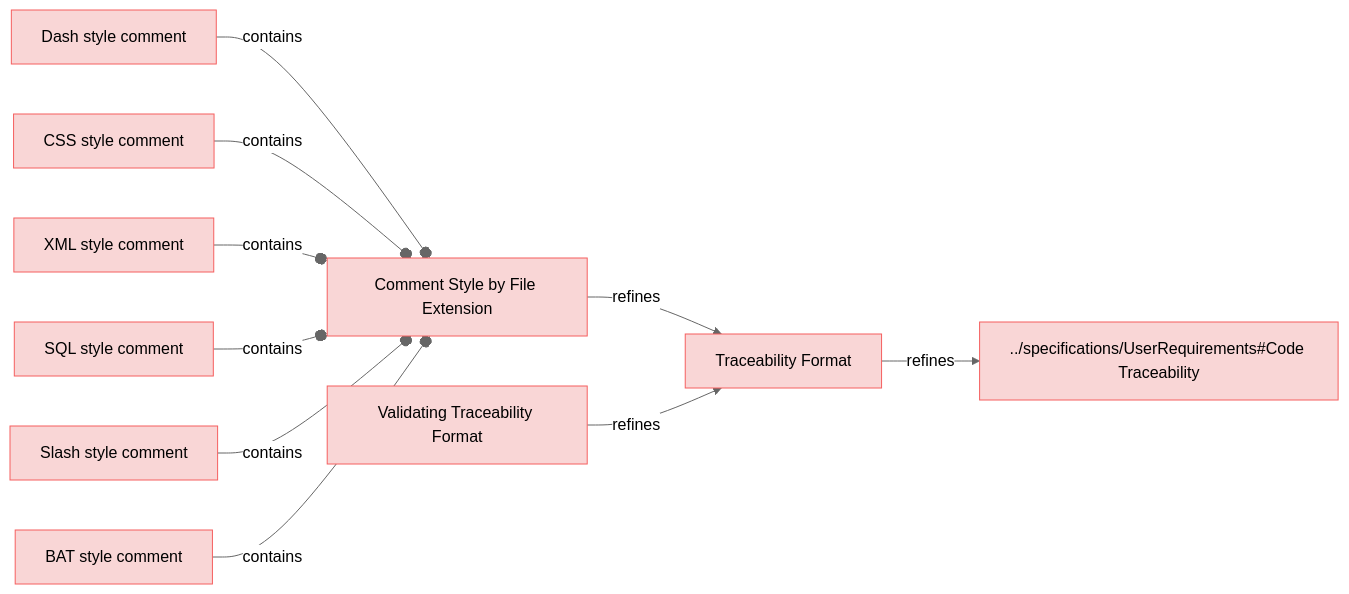
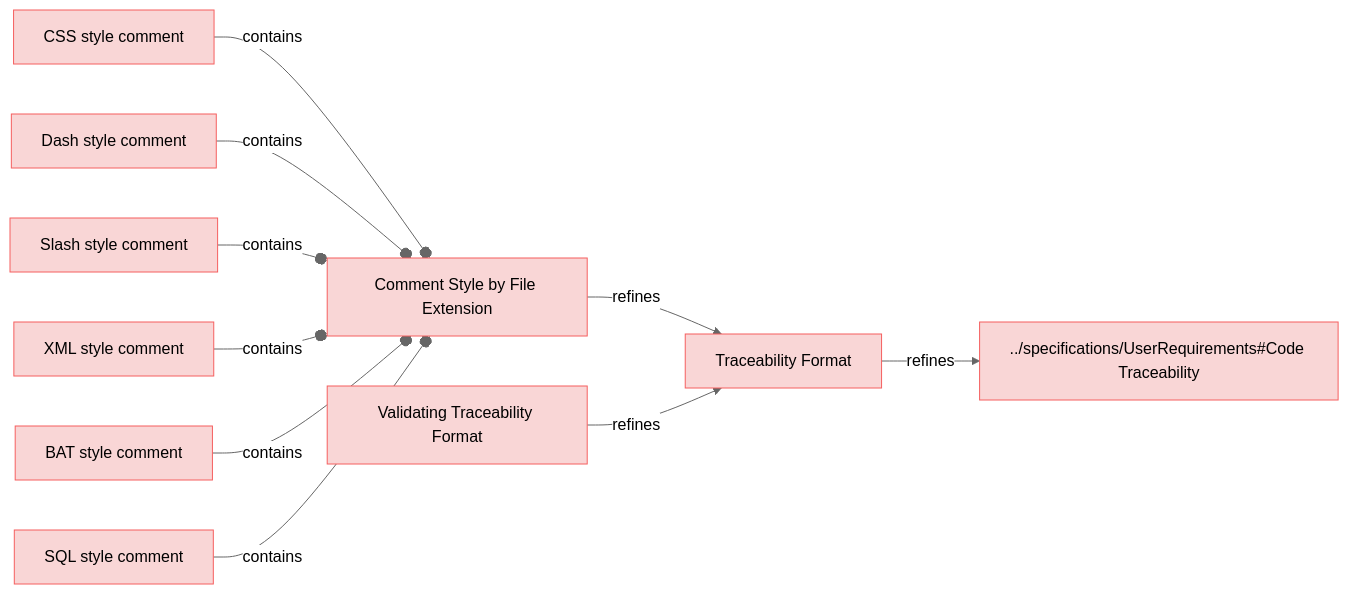
Before and after one commit to reqvire-org/reqvire: the diagram in specifications/CodeTraecabilityRequirements.md, drawn with Mermaid (neutral theme). The commit also changed 17 other files, not shown here.

First line of the commit message:
Enhance diagram links with stable git repository URLs

````diff
--- a/specifications/CodeTraecabilityRequirements.md
+++ b/specifications/CodeTraecabilityRequirements.md
@@ -4,48 +4,48 @@
 ```mermaid
 graph LR;
   %% Graph styling
   classDef requirement fill:#f9d6d6,stroke:#f55f5f,stroke-width:1px;
   classDef verification fill:#d6f9d6,stroke:#5fd75f,stroke-width:1px;
   classDef externalLink fill:#d0e0ff,stroke:#3080ff,stroke-width:1px;
   classDef default fill:#f5f5f5,stroke:#333333,stroke-width:1px;
 
-  594ced3b454de491["Dash style comment"];
-  click 594ced3b454de491 "CodeTraecabilityRequirements.md#dash-style-comment";
-  class 594ced3b454de491 requirement;
+  65c6dfea7db1c92f["CSS style comment"];
+  click 65c6dfea7db1c92f "https://github.com/ilijaljubicic/ReqFlow/blob/a94231473c9a4a56fe21608ebd13787e0cc3f2dc/specifications/CodeTraecabilityRequirements.md#css-style-comment";
+  class 65c6dfea7db1c92f requirement;
   441d1cdce06ad3a2["Comment Style by File Extension"];
   class 441d1cdce06ad3a2 requirement;
-  click 441d1cdce06ad3a2 "CodeTraecabilityRequirements.md#comment-style-by-file-extension";
+  click 441d1cdce06ad3a2 "https://github.com/ilijaljubicic/ReqFlow/blob/a94231473c9a4a56fe21608ebd13787e0cc3f2dc/specifications/CodeTraecabilityRequirements.md#comment-style-by-file-extension";
+  65c6dfea7db1c92f --o|contains| 441d1cdce06ad3a2;
+  594ced3b454de491["Dash style comment"];
+  click 594ced3b454de491 "https://github.com/ilijaljubicic/ReqFlow/blob/a94231473c9a4a56fe21608ebd13787e0cc3f2dc/specifications/CodeTraecabilityRequirements.md#dash-style-comment";
+  class 594ced3b454de491 requirement;
   594ced3b454de491 --o|contains| 441d1cdce06ad3a2;
+  642b1b8120da29c6["Slash style comment"];
+  click 642b1b8120da29c6 "https://github.com/ilijaljubicic/ReqFlow/blob/a94231473c9a4a56fe21608ebd13787e0cc3f2dc/specifications/CodeTraecabilityRequirements.md#slash-style-comment";
+  class 642b1b8120da29c6 requirement;
+  642b1b8120da29c6 --o|contains| 441d1cdce06ad3a2;
+  d443939ad4f72d1a["XML style comment"];
+  click d443939ad4f72d1a "https://github.com/ilijaljubicic/ReqFlow/blob/a94231473c9a4a56fe21608ebd13787e0cc3f2dc/specifications/CodeTraecabilityRequirements.md#xml-style-comment";
+  class d443939ad4f72d1a requirement;
+  d443939ad4f72d1a --o|contains| 441d1cdce06ad3a2;
+  79d357d6f00a0427["BAT style comment"];
+  click 79d357d6f00a0427 "https://github.com/ilijaljubicic/ReqFlow/blob/a94231473c9a4a56fe21608ebd13787e0cc3f2dc/specifications/CodeTraecabilityRequirements.md#bat-style-comment";
+  class 79d357d6f00a0427 requirement;
+  79d357d6f00a0427 --o|contains| 441d1cdce06ad3a2;
   7b316e0013b74149["Traceability Format"];
   class 7b316e0013b74149 requirement;
-  click 7b316e0013b74149 "CodeTraecabilityRequirements.md#traceability-format";
+  click 7b316e0013b74149 "https://github.com/ilijaljubicic/ReqFlow/blob/a94231473c9a4a56fe21608ebd13787e0cc3f2dc/specifications/CodeTraecabilityRequirements.md#traceability-format";
   441d1cdce06ad3a2 -->|refines| 7b316e0013b74149;
-  65c6dfea7db1c92f["CSS style comment"];
-  click 65c6dfea7db1c92f "CodeTraecabilityRequirements.md#css-style-comment";
-  class 65c6dfea7db1c92f requirement;
-  65c6dfea7db1c92f --o|contains| 441d1cdce06ad3a2;
+  388e93e521a38370["Validating Traceability Format"];
+  click 388e93e521a38370 "https://github.com/ilijaljubicic/ReqFlow/blob/a94231473c9a4a56fe21608ebd13787e0cc3f2dc/specifications/CodeTraecabilityRequirements.md#validating-traceability-format";
+  class 388e93e521a38370 requirement;
+  388e93e521a38370 -->|refines| 7b316e0013b74149;
+  f8509ca65ccd9ff8["SQL style comment"];
+  click f8509ca65ccd9ff8 "https://github.com/ilijaljubicic/ReqFlow/blob/a94231473c9a4a56fe21608ebd13787e0cc3f2dc/specifications/CodeTraecabilityRequirements.md#sql-style-comment";
+  class f8509ca65ccd9ff8 requirement;
+  f8509ca65ccd9ff8 --o|contains| 441d1cdce06ad3a2;
   1fc4e44d5fd988a6["../specifications/UserRequirements#Code Traceability"];
   class 1fc4e44d5fd988a6 requirement;
-  click 1fc4e44d5fd988a6 "UserRequirements.md#code-traceability";
+  click 1fc4e44d5fd988a6 "https://github.com/ilijaljubicic/ReqFlow/blob/a94231473c9a4a56fe21608ebd13787e0cc3f2dc/specifications/UserRequirements.md#code-traceability";
   7b316e0013b74149 -->|refines| 1fc4e44d5fd988a6;
-  d443939ad4f72d1a["XML style comment"];
-  click d443939ad4f72d1a "CodeTraecabilityRequirements.md#xml-style-comment";
-  class d443939ad4f72d1a requirement;
-  d443939ad4f72d1a --o|contains| 441d1cdce06ad3a2;
-  f8509ca65ccd9ff8["SQL style comment"];
-  click f8509ca65ccd9ff8 "CodeTraecabilityRequirements.md#sql-style-comment";
-  class f8509ca65ccd9ff8 requirement;
-  f8509ca65ccd9ff8 --o|contains| 441d1cdce06ad3a2;
-  388e93e521a38370["Validating Traceability Format"];
-  click 388e93e521a38370 "CodeTraecabilityRequirements.md#validating-traceability-format";
-  class 388e93e521a38370 requirement;
-  388e93e521a38370 -->|refines| 7b316e0013b74149;
-  642b1b8120da29c6["Slash style comment"];
-  click 642b1b8120da29c6 "CodeTraecabilityRequirements.md#slash-style-comment";
-  class 642b1b8120da29c6 requirement;
-  642b1b8120da29c6 --o|contains| 441d1cdce06ad3a2;
-  79d357d6f00a0427["BAT style comment"];
-  click 79d357d6f00a0427 "CodeTraecabilityRequirements.md#bat-style-comment";
-  class 79d357d6f00a0427 requirement;
-  79d357d6f00a0427 --o|contains| 441d1cdce06ad3a2;
 ```
````
